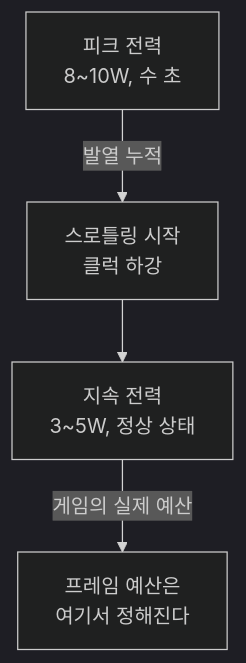
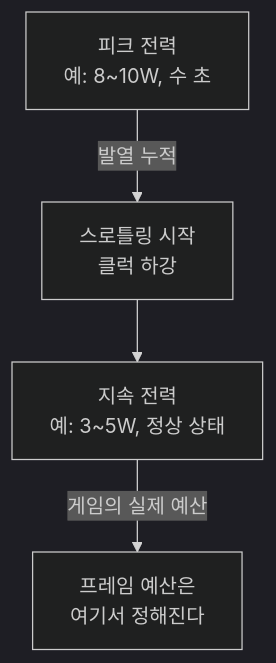
Before and after one commit to Rein-ArXiv/game-dev-curriculum: the second of 8 diagrams in platform/part01_mobile.md, drawn with Mermaid (dark theme). The commit also changed other lines of this file and 279 other files, not shown here.

````diff
--- a/platform/part01_mobile.md
+++ b/platform/part01_mobile.md
@@ -52,6 +52,6 @@
 ```mermaid
 flowchart TB
-    Peak[피크 전력<br/>8~10W, 수 초] -->|발열 누적| Throttle[스로틀링 시작<br/>클럭 하강]
-    Throttle --> Sustained[지속 전력<br/>3~5W, 정상 상태]
+    Peak[피크 전력<br/>예: 8~10W, 수 초] -->|발열 누적| Throttle[스로틀링 시작<br/>클럭 하강]
+    Throttle --> Sustained[지속 전력<br/>예: 3~5W, 정상 상태]
     Sustained -->|게임의 실제 예산| Budget[프레임 예산은<br/>여기서 정해진다]
 ```
````
